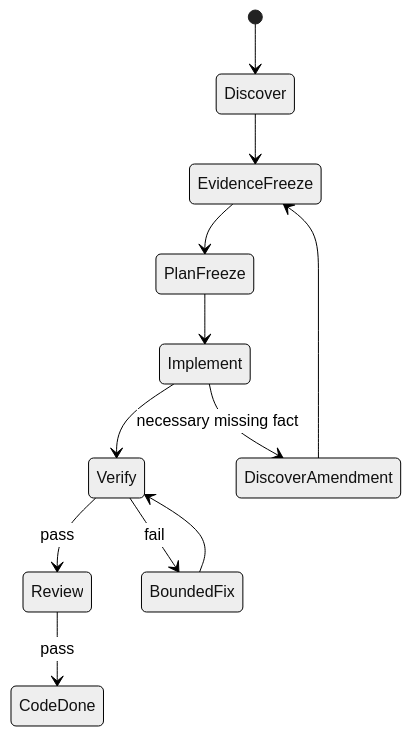
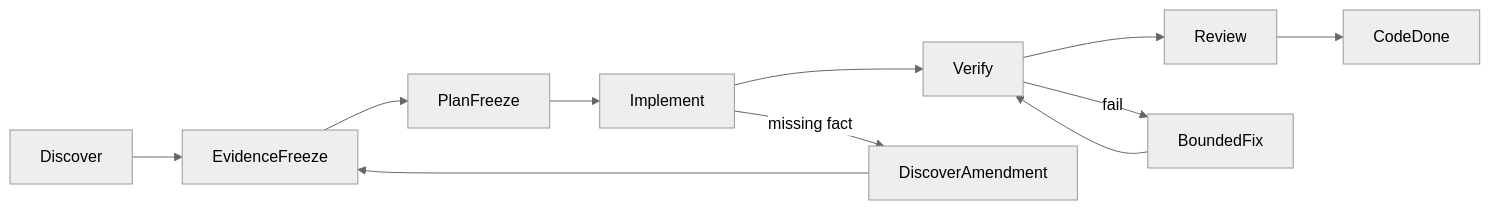
Before and after one commit to furkansarikaya/deterministic-agent-workflow-example: the diagram in docs/architecture.md, drawn with Mermaid (neutral theme). The commit also changed other lines of this file and 38 other files, not shown here.

````diff
--- a/docs/architecture.md
+++ b/docs/architecture.md
@@ -23,14 +23,6 @@
 ```mermaid
-stateDiagram-v2
-  [*] --> Discover
-  Discover --> EvidenceFreeze
-  EvidenceFreeze --> PlanFreeze
-  PlanFreeze --> Implement
-  Implement --> Verify
-  Verify --> Review: pass
-  Review --> CodeDone: pass
-  Verify --> BoundedFix: fail
-  BoundedFix --> Verify
-  Implement --> DiscoverAmendment: necessary missing fact
-  DiscoverAmendment --> EvidenceFreeze
+flowchart LR
+  Discover --> EvidenceFreeze --> PlanFreeze --> Implement --> Verify --> Review --> CodeDone
+  Verify -->|fail| BoundedFix --> Verify
+  Implement -->|missing fact| DiscoverAmendment --> EvidenceFreeze
 ```
````
